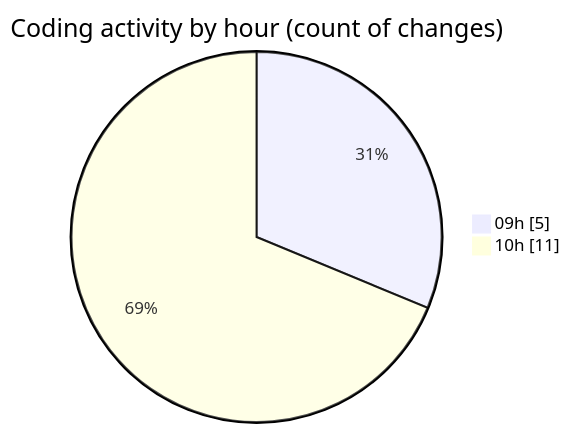
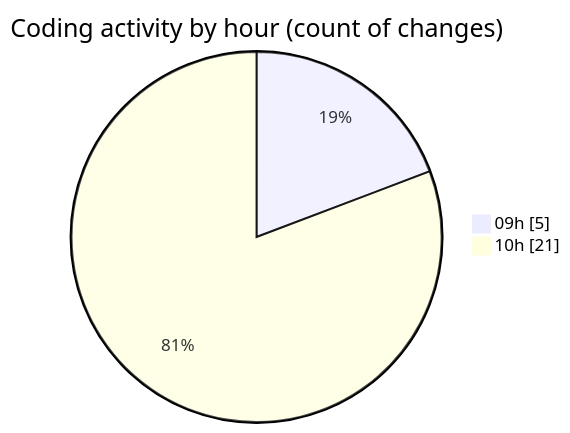
The second of 2 diagrams in 2025-06-02/ecodeli-1/README.md (CELIANVF/code-tracking), drawn with Mermaid before and after one commit. The commit also changed other lines of this file and 1 other file, not shown here.

````diff
--- a/2025-06-02/ecodeli-1/README.md
+++ b/2025-06-02/ecodeli-1/README.md
@@ -40,6 +48,6 @@
 ```mermaid
 pie showData
 title Coding activity by hour (count of changes)
 "09h" : 5
-"10h" : 11
+"10h" : 21
 ```
````
